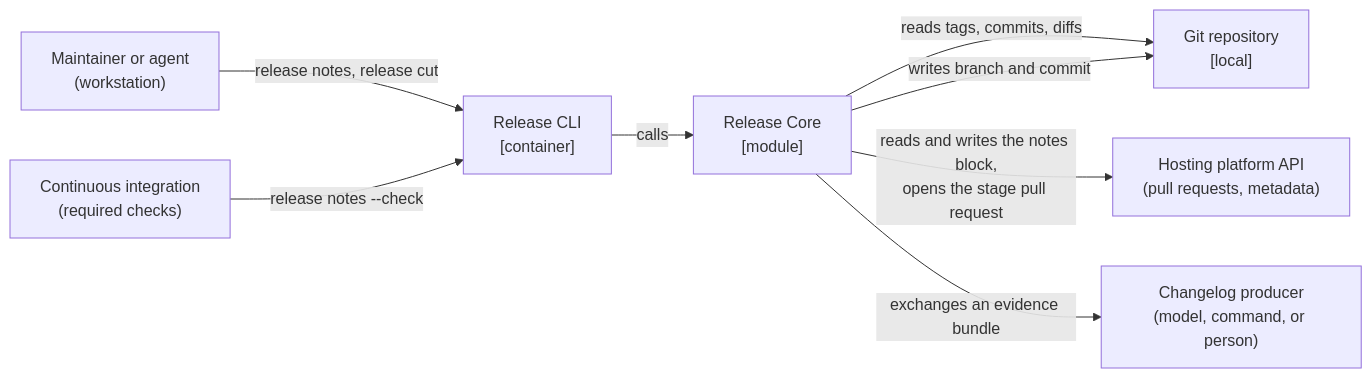
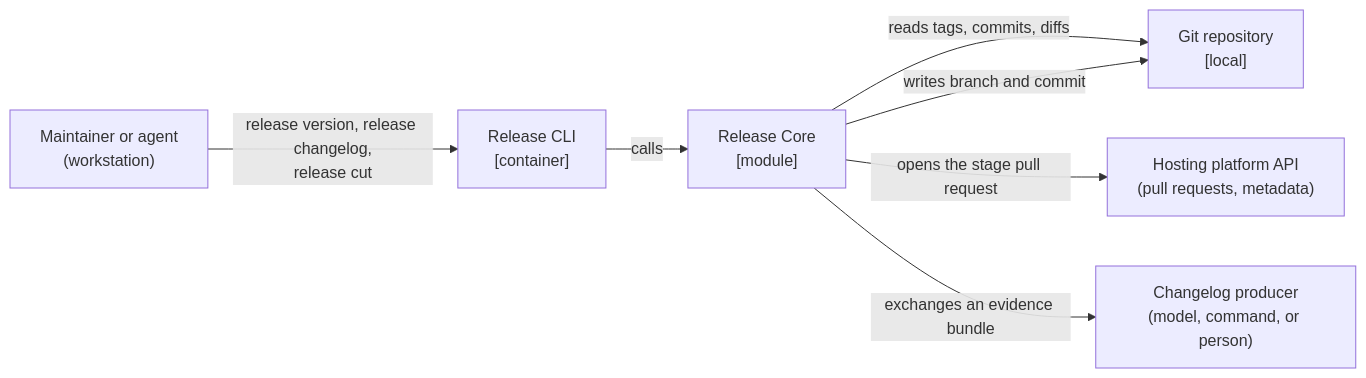
One commit to brettcallaghan/release changed the diagram in specs/containers/release-cli/release-cli-container.md. Above: the diagram before and after it, drawn with Mermaid. The commit also changed other lines of this file and 30 other files, not shown here.

First line of the commit message:
Make commit evidence the core; defer per-PR release notes

````diff
--- a/specs/containers/release-cli/release-cli-container.md
+++ b/specs/containers/release-cli/release-cli-container.md
@@ -36,18 +37,16 @@
 ```mermaid
 flowchart LR
   maintainer["Maintainer or agent<br/>(workstation)"]
-  ci["Continuous integration<br/>(required checks)"]
   cli["Release CLI<br/>[container]"]
   core["Release Core<br/>[module]"]
   producer["Changelog producer<br/>(model, command, or person)"]
   git["Git repository<br/>[local]"]
   platform["Hosting platform API<br/>(pull requests, metadata)"]
 
-  maintainer -->|"release notes, release cut"| cli
-  ci -->|"release notes --check"| cli
+  maintainer -->|"release version, release changelog,<br/>release cut"| cli
   cli -->|"calls"| core
   core -->|"reads tags, commits, diffs"| git
   core -->|"writes branch and commit"| git
-  core -->|"reads and writes the notes block,<br/>opens the stage pull request"| platform
+  core -->|"opens the stage pull request"| platform
   core -->|"exchanges an evidence bundle"| producer
 ```
````
